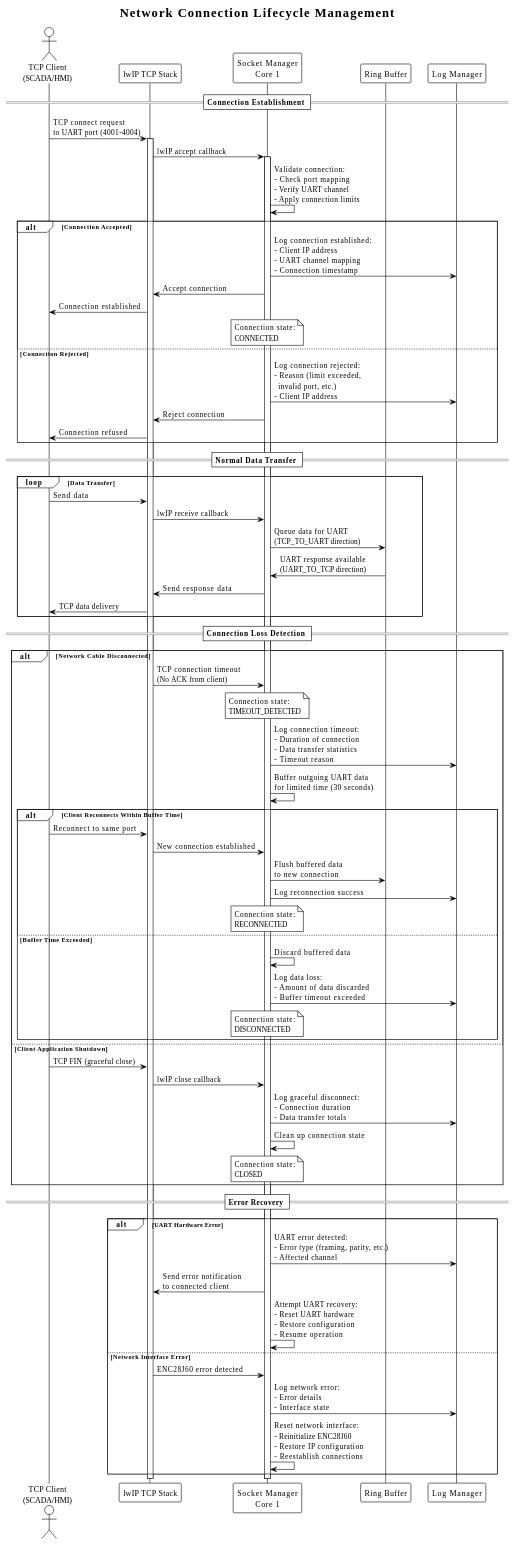
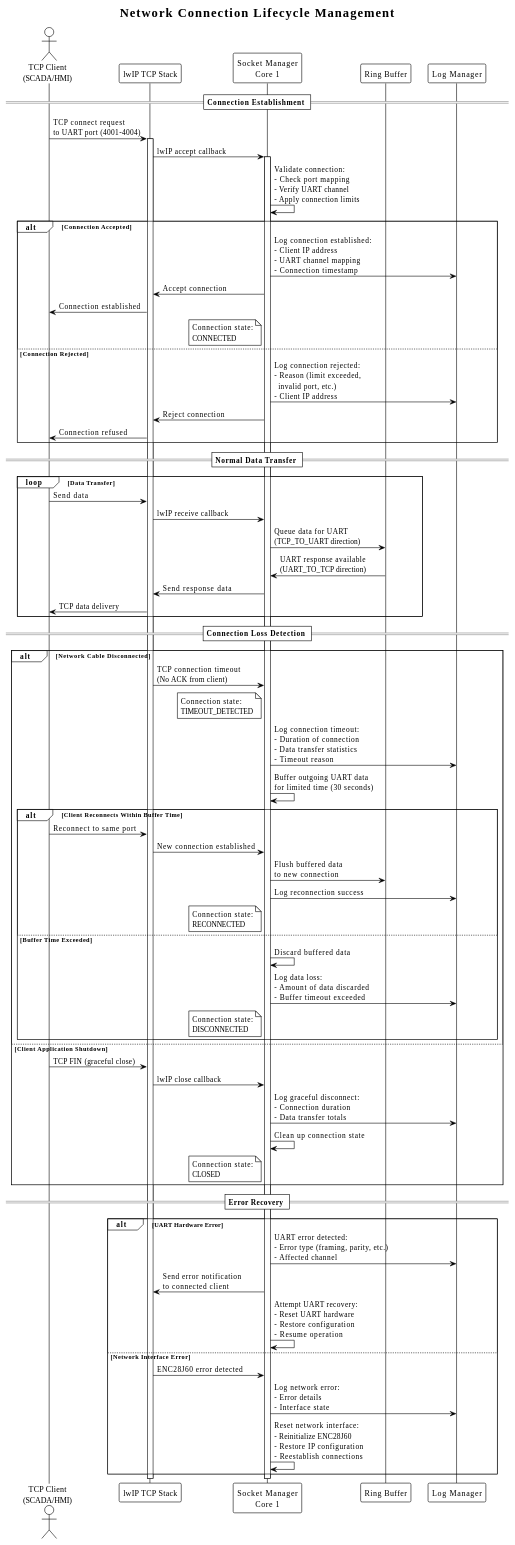
The seventh of 8 diagrams in docs/arc42/src/06_runtime_view.adoc (haxorsebb/UART2ETH), drawn with PlantUML before and after one commit. The commit also changed other lines of this file and 1 other file, not shown here.

```diff
--- a/docs/arc42/src/06_runtime_view.adoc
+++ b/docs/arc42/src/06_runtime_view.adoc
@@ -540,7 +553,7 @@
     SM -> TCP : Accept connection
     TCP -> CLIENT : Connection established
     
-    note over SM : Connection state:\nCONNECTED
+    note left of SM : Connection state:\nCONNECTED
     
 else Connection Rejected
     SM -> LOG : Log connection rejected:\n- Reason (limit exceeded,\n  invalid port, etc.)\n- Client IP address
@@ -566,7 +579,7 @@
 alt Network Cable Disconnected
     TCP -> SM : TCP connection timeout\n(No ACK from client)
     
-    note over SM : Connection state:\nTIMEOUT_DETECTED
+    note left of SM : Connection state:\nTIMEOUT_DETECTED
     
     SM -> LOG : Log connection timeout:\n- Duration of connection\n- Data transfer statistics\n- Timeout reason
     
@@ -578,13 +591,13 @@
         SM -> RB : Flush buffered data\nto new connection
         SM -> LOG : Log reconnection success
         
-        note over SM : Connection state:\nRECONNECTED
+        note left of SM : Connection state:\nRECONNECTED
         
     else Buffer Time Exceeded
         SM -> SM : Discard buffered data
         SM -> LOG : Log data loss:\n- Amount of data discarded\n- Buffer timeout exceeded
         
-        note over SM : Connection state:\nDISCONNECTED
+        note left of SM : Connection state:\nDISCONNECTED
     end
     
 else Client Application Shutdown
@@ -595,7 +608,7 @@
     
     SM -> SM : Clean up connection state
     
-    note over SM : Connection state:\nCLOSED
+    note left of SM : Connection state:\nCLOSED
 end
 
 == Error Recovery ==
```
